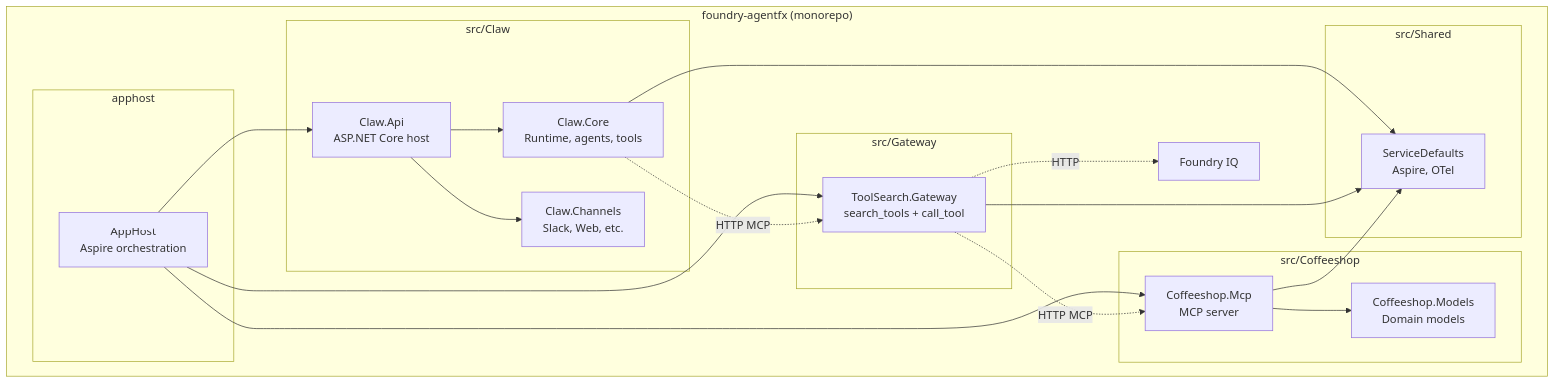
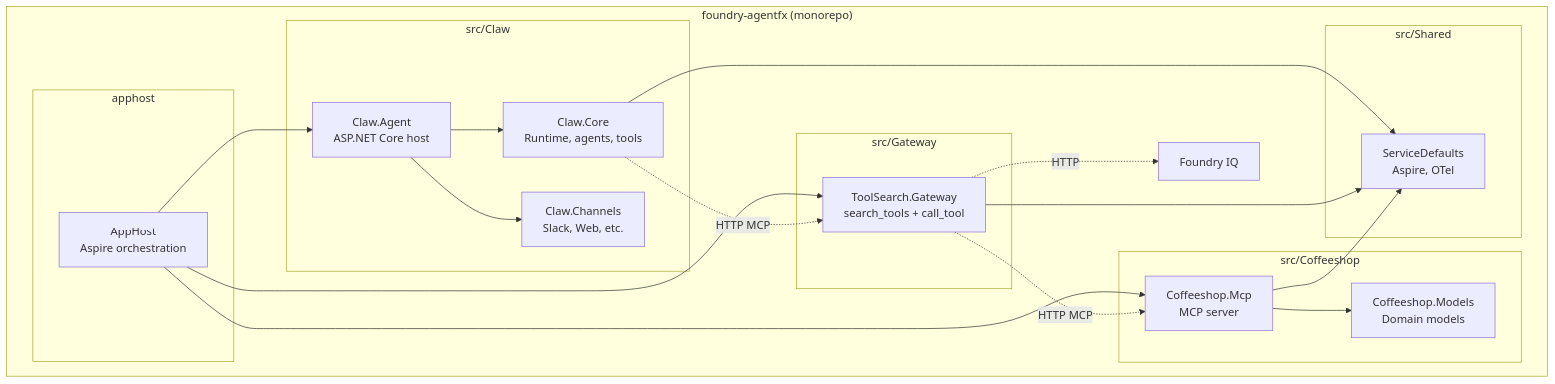
Diagram 12 of 15 in foundry-agentfx/research.md (thangchung/agent-engineering-experiment), drawn with Mermaid before and after one commit. The commit also changed other lines of this file and 39 other files, not shown here.

````diff
--- a/foundry-agentfx/research.md
+++ b/foundry-agentfx/research.md
@@ -933,45 +933,45 @@
 ```mermaid
 graph TB
     subgraph "foundry-agentfx (monorepo)"
         subgraph "src/Claw"
-            ClawAPI[Claw.Api<br/>ASP.NET Core host]
+            ClawAPI[Claw.Agent<br/>ASP.NET Core host]
             ClawCore[Claw.Core<br/>Runtime, agents, tools]
             ClawChannels[Claw.Channels<br/>Slack, Web, etc.]
         end
         
         subgraph "src/Coffeeshop"
             CoffeeMcp[Coffeeshop.Mcp<br/>MCP server]
             CoffeeModels[Coffeeshop.Models<br/>Domain models]
         end
         
         subgraph "src/Gateway"
             ToolGW[ToolSearch.Gateway<br/>search_tools + call_tool]
         end
         
         subgraph "src/Shared"
             ServiceDefaults[ServiceDefaults<br/>Aspire, OTel]
         end
         
         subgraph "apphost"
             AppHost[AppHost<br/>Aspire orchestration]
         end
         
         %% Compile-time dependencies (solid)
         ClawAPI --> ClawCore
         ClawAPI --> ClawChannels
         ClawCore --> ServiceDefaults
         CoffeeMcp --> CoffeeModels
         CoffeeMcp --> ServiceDefaults
         ToolGW --> ServiceDefaults
         
         %% Aspire orchestration
         AppHost --> ClawAPI
         AppHost --> CoffeeMcp
         AppHost --> ToolGW
         
         %% Runtime HTTP calls (dashed)
         ClawCore -.->|HTTP MCP| ToolGW
         ToolGW -.->|HTTP MCP| CoffeeMcp
         ToolGW -.->|HTTP| KB[Foundry IQ]
     end
 ```
````
